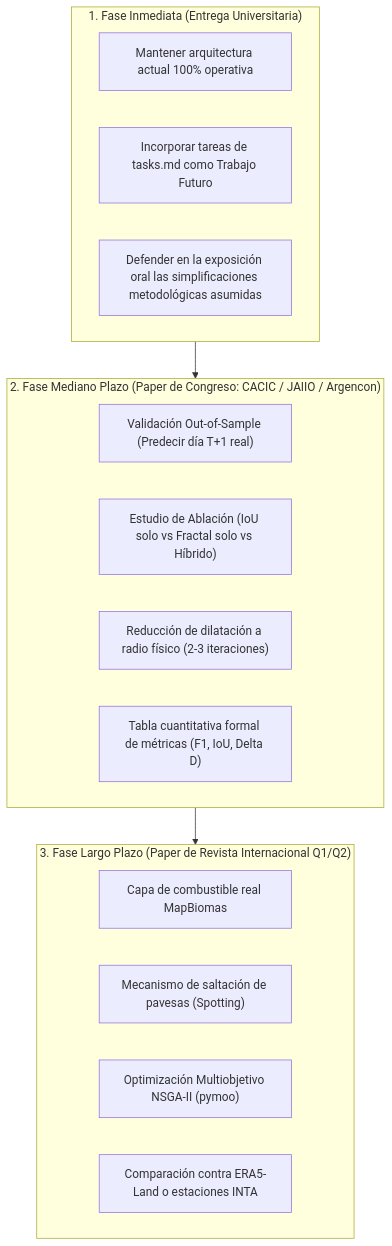
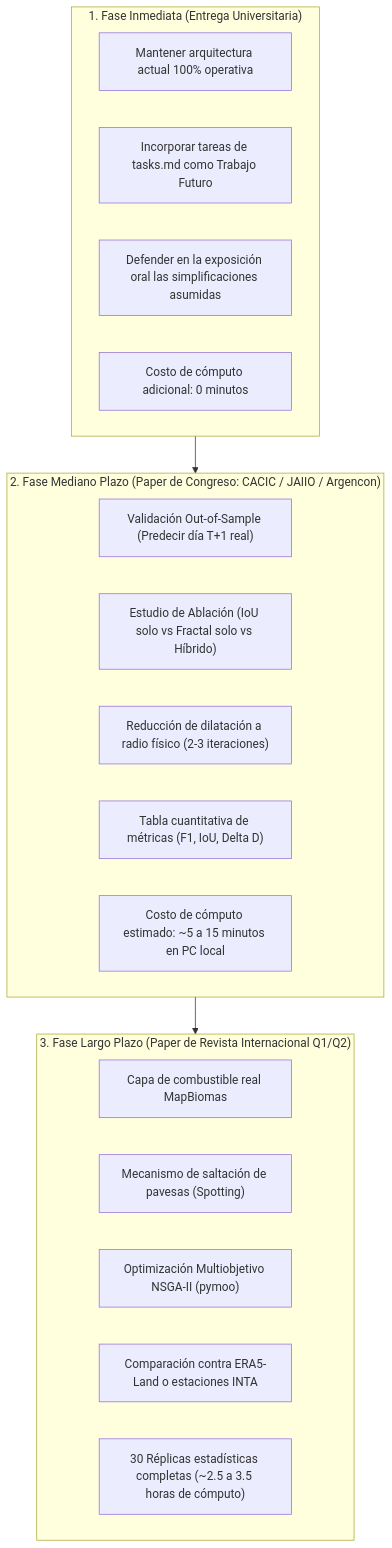
Before and after one commit to ConstanFinelli/Incendios-Fractales: the diagram in docs/tasks.md, drawn with Mermaid. The commit also changed other lines of this file and 10 other files, not shown here.

````diff
--- a/docs/tasks.md
+++ b/docs/tasks.md
@@ -129,24 +227,27 @@
 ```mermaid
 flowchart TD
     subgraph Fase_Inmediata ["1. Fase Inmediata (Entrega Universitaria)"]
         F1_1["Mantener arquitectura actual 100% operativa"]
         F1_2["Incorporar tareas de tasks.md como Trabajo Futuro"]
-        F1_3["Defender en la exposición oral las simplificaciones metodológicas asumidas"]
+        F1_3["Defender en la exposición oral las simplificaciones asumidas"]
+        F1_4["Costo de cómputo adicional: 0 minutos"]
     end
 
     subgraph Fase_Congreso ["2. Fase Mediano Plazo (Paper de Congreso: CACIC / JAIIO / Argencon)"]
         F2_1["Validación Out-of-Sample (Predecir día T+1 real)"]
         F2_2["Estudio de Ablación (IoU solo vs Fractal solo vs Híbrido)"]
         F2_3["Reducción de dilatación a radio físico (2-3 iteraciones)"]
-        F2_4["Tabla cuantitativa formal de métricas (F1, IoU, Delta D)"]
+        F2_4["Tabla cuantitativa de métricas (F1, IoU, Delta D)"]
+        F2_5["Costo de cómputo estimado: ~5 a 15 minutos en PC local"]
     end
 
     subgraph Fase_Revista ["3. Fase Largo Plazo (Paper de Revista Internacional Q1/Q2)"]
         F3_1["Capa de combustible real MapBiomas"]
         F3_2["Mecanismo de saltación de pavesas (Spotting)"]
         F3_3["Optimización Multiobjetivo NSGA-II (pymoo)"]
         F3_4["Comparación contra ERA5-Land o estaciones INTA"]
+        F3_5["30 Réplicas estadísticas completas (~2.5 a 3.5 horas de cómputo)"]
     end
 
     Fase_Inmediata --> Fase_Congreso --> Fase_Revista
 ```
````
